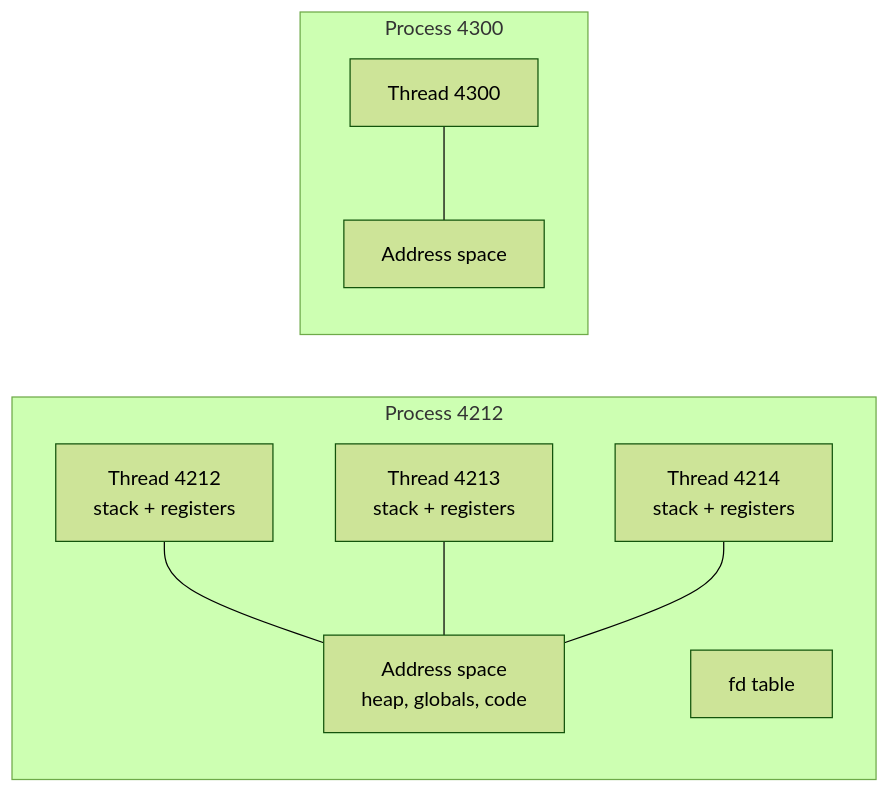
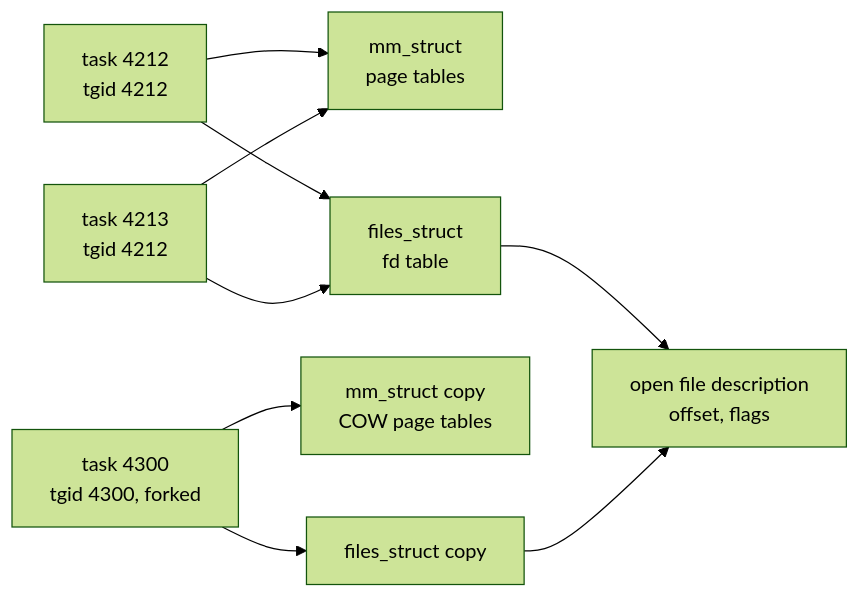
The diagram in content/tracks/06-systems-and-concurrency/01-operating-systems/01-processes-and-threads.md (thull32/ascend), drawn with Mermaid (forest theme) before and after one commit. The commit also changed other lines of this file and 18 other files, not shown here.

````diff
--- a/content/tracks/06-systems-and-concurrency/01-operating-systems/01-processes-and-threads.md
+++ b/content/tracks/06-systems-and-concurrency/01-operating-systems/01-processes-and-threads.md
@@ -42,18 +74,11 @@
 ```mermaid
 flowchart LR
-  subgraph P1[Process 4212]
-    AS1[Address space<br/>heap, globals, code]
-    FD1[fd table]
-    T1[Thread 4212<br/>stack + registers]
-    T2[Thread 4213<br/>stack + registers]
-    T3[Thread 4214<br/>stack + registers]
-  end
-  subgraph P2[Process 4300]
-    AS2[Address space]
-    T4[Thread 4300]
-  end
-  T1 --- AS1
-  T2 --- AS1
-  T3 --- AS1
-  T4 --- AS2
+  T1[task 4212<br/>tgid 4212] --> MM[mm_struct<br/>page tables]
+  T2[task 4213<br/>tgid 4212] --> MM
+  T1 --> FT[files_struct<br/>fd table]
+  T2 --> FT
+  T3[task 4300<br/>tgid 4300, forked] --> MM2[mm_struct copy<br/>COW page tables]
+  T3 --> FT2[files_struct copy]
+  FT --> OF[open file description<br/>offset, flags]
+  FT2 --> OF
 ```
````
